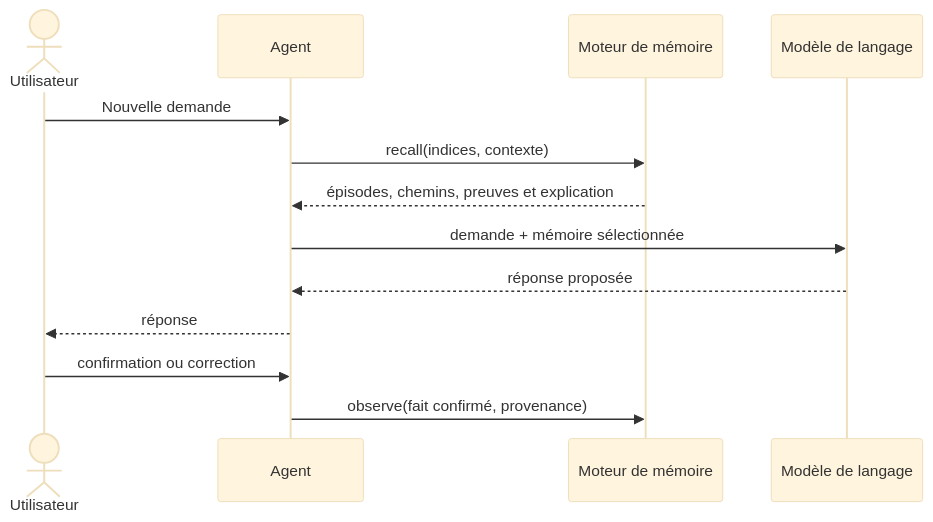
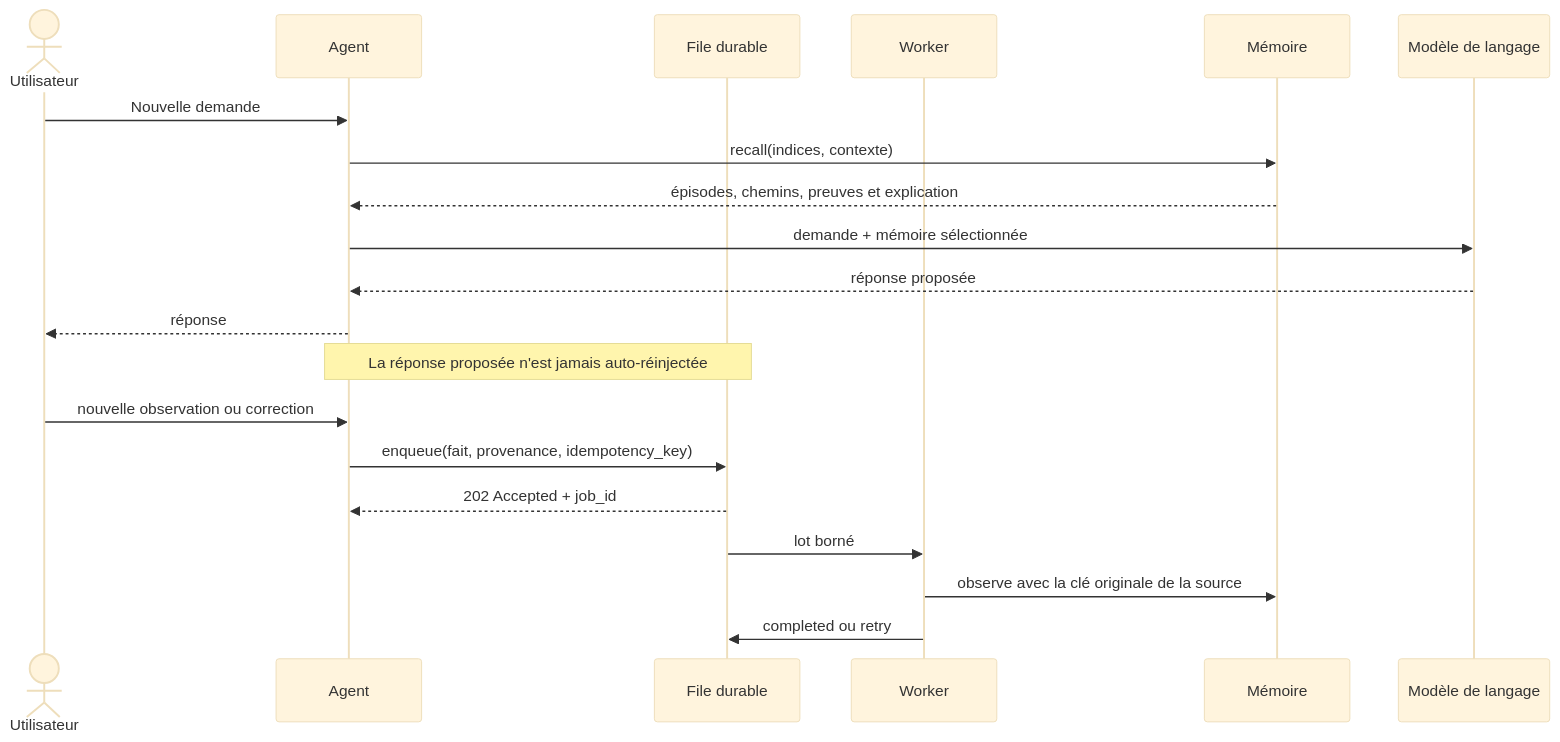
One commit to sxc3030-eng/memoire-associative-temporelle changed the first of 2 diagrams in docs/PLAN_DE_CREATION.md. Above: the diagram before and after it, drawn with Mermaid (base theme). The commit also changed other lines of this file and 15 other files, not shown here.

````diff
--- a/docs/PLAN_DE_CREATION.md
+++ b/docs/PLAN_DE_CREATION.md
@@ -351,16 +389,23 @@
 ```mermaid
 sequenceDiagram
     actor U as Utilisateur
     participant A as Agent
-    participant M as Moteur de mémoire
+    participant Q as File durable
+    participant W as Worker
+    participant M as Mémoire
     participant L as Modèle de langage
 
     U->>A: Nouvelle demande
     A->>M: recall(indices, contexte)
     M-->>A: épisodes, chemins, preuves et explication
     A->>L: demande + mémoire sélectionnée
     L-->>A: réponse proposée
     A-->>U: réponse
-    U->>A: confirmation ou correction
-    A->>M: observe(fait confirmé, provenance)
+    Note over A,Q: La réponse proposée n'est jamais auto-réinjectée
+    U->>A: nouvelle observation ou correction
+    A->>Q: enqueue(fait, provenance, idempotency_key)
+    Q-->>A: 202 Accepted + job_id
+    Q->>W: lot borné
+    W->>M: observe avec la clé originale de la source
+    W->>Q: completed ou retry
 ```
````
